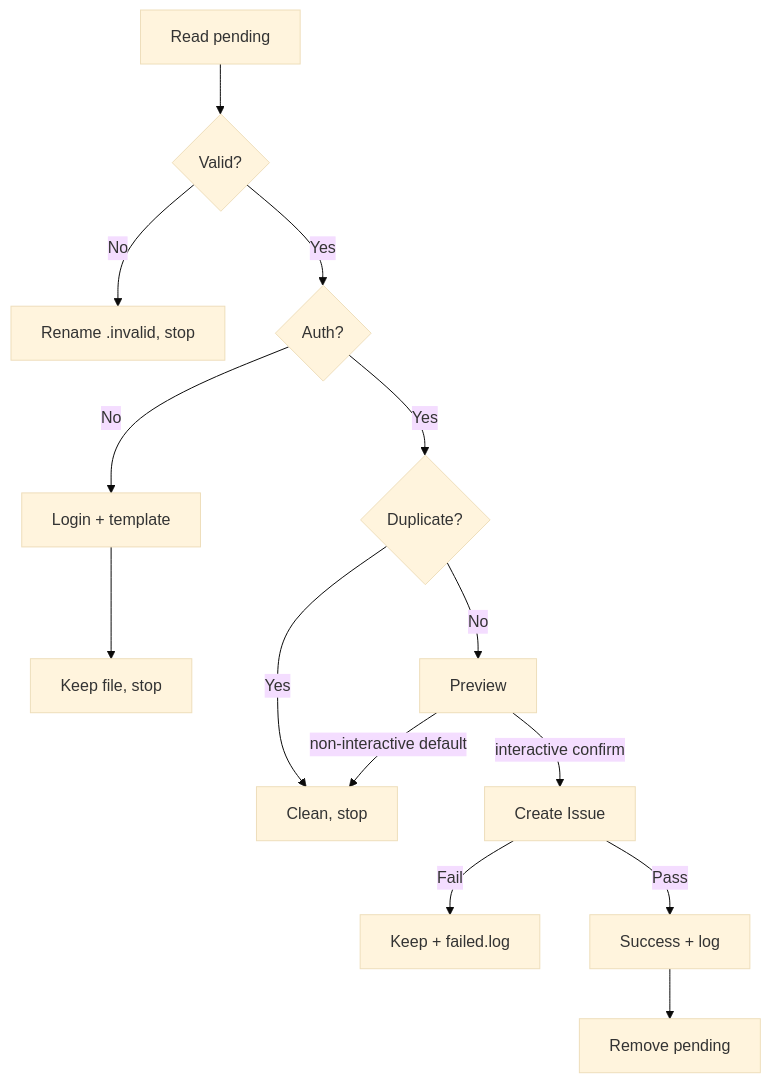
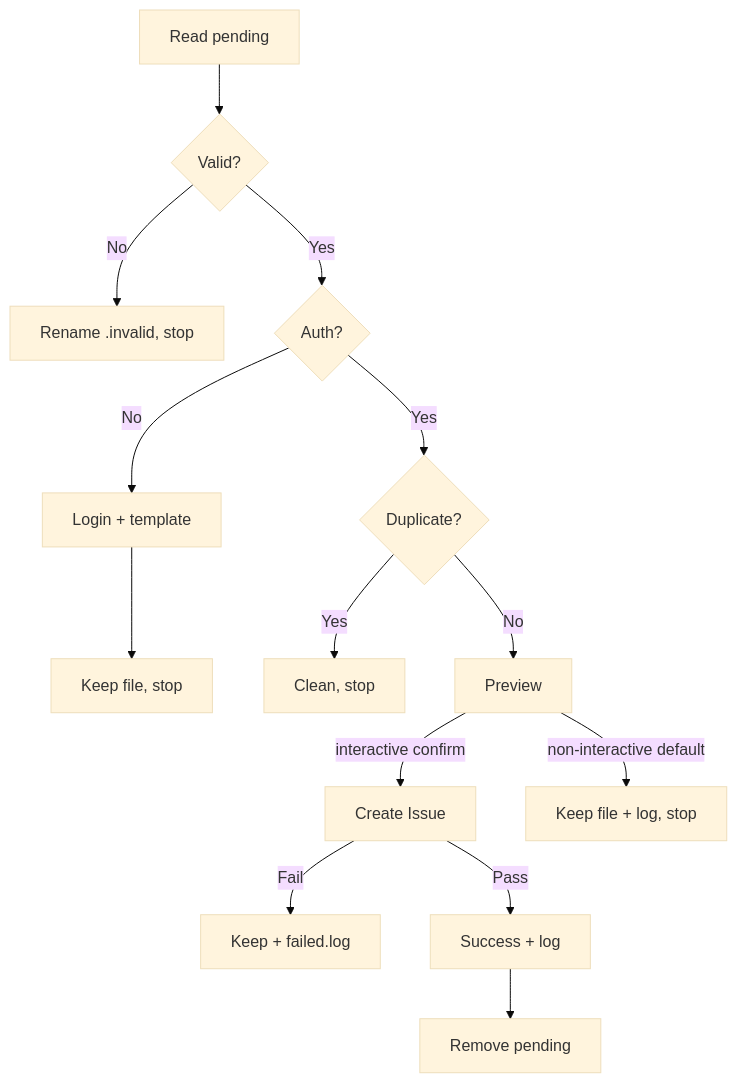
The diagram in skills/gf-autoreport-bug/SKILL.md (byx-darwin/gitflow-cli), drawn with Mermaid (base theme) before and after one commit. The commit also changed 3 other files, not shown here.

````diff
--- a/skills/gf-autoreport-bug/SKILL.md
+++ b/skills/gf-autoreport-bug/SKILL.md
@@ -36,16 +36,16 @@
 ```mermaid
 flowchart TD
     A[Read pending] --> B{Valid?}
     B -->|No| C[Rename .invalid, stop]
     B -->|Yes| D{Auth?}
     D -->|No| NEW[Login + template]
     NEW --> KEEP[Keep file, stop]
     D -->|Yes| G{Duplicate?}
     G -->|Yes| I[Clean, stop]
     G -->|No| P[Preview]
     P -->|interactive confirm| J[Create Issue]
-    P -->|non-interactive default| I
+    P -->|non-interactive default| SK[Keep file + log, stop]
     J -->|Fail| F[Keep + failed.log]
     J -->|Pass| M[Success + log]
     M --> K[Remove pending]
 ```
````
